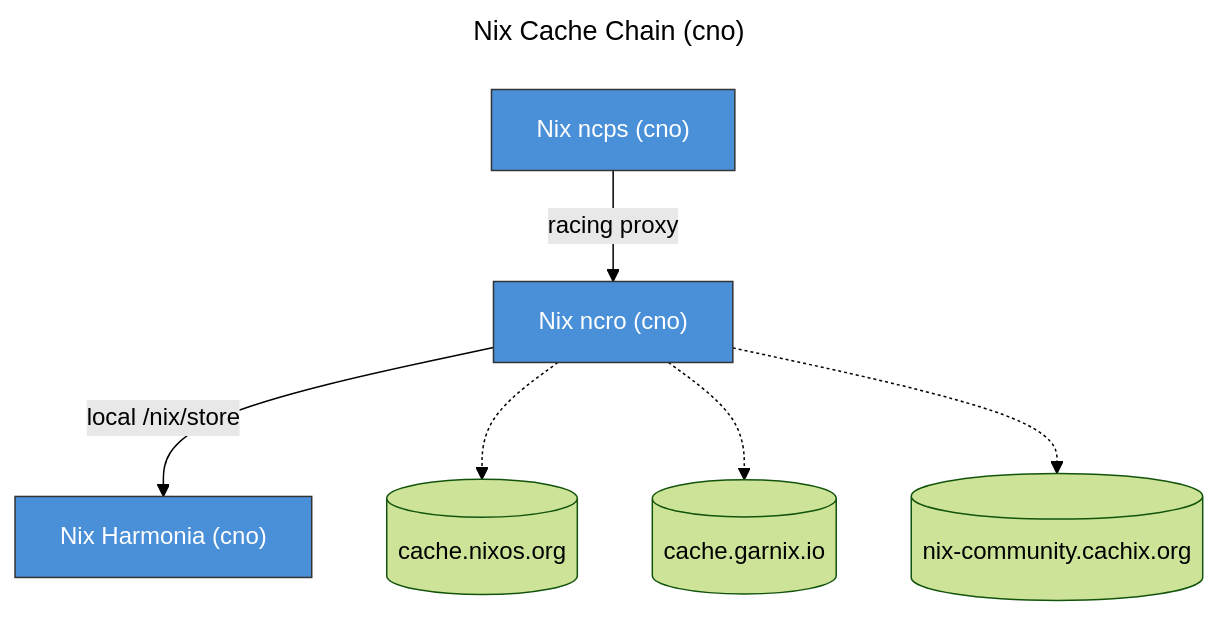
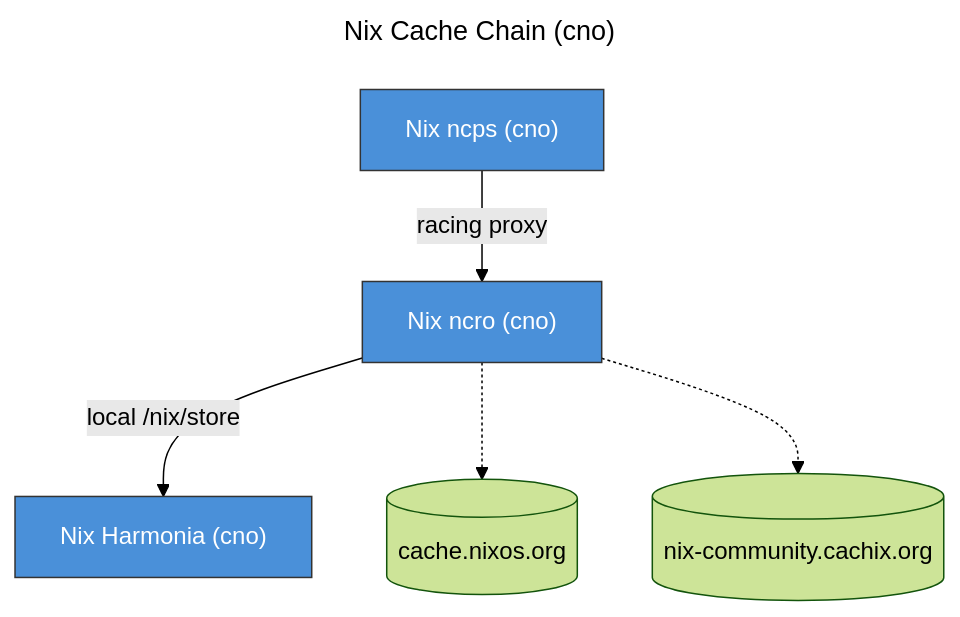
The third of 3 diagrams in SERVICES.md (levonk/infrahub), drawn with Mermaid (forest theme) before and after one commit. The commit also changed other lines of this file and 260 other files, not shown here.

Commit message:
Remove cache.garnix.io, deploy nix cache chain, update ADR with nix-sidecar supplement

````diff
--- a/SERVICES.md
+++ b/SERVICES.md
@@ -86,21 +84,19 @@
 ```mermaid
 ---
 title: Nix Cache Chain (cno)
 ---
 flowchart TD
     Nix_ncps__cno_["Nix ncps (cno)"]
     Nix_ncro__cno_["Nix ncro (cno)"]
     Nix_ncps__cno_ -->|racing proxy| Nix_ncro__cno_
     Nix_Harmonia__cno_["Nix Harmonia (cno)"]
     Nix_ncro__cno_ -->|local /nix/store| Nix_Harmonia__cno_
     https___cache_nixos_org_Nix_Cache_Chain__cno_[("cache.nixos.org")]
     Nix_ncro__cno_ -.-> https___cache_nixos_org_Nix_Cache_Chain__cno_
-    https___cache_garnix_io_Nix_Cache_Chain__cno_[("cache.garnix.io")]
-    Nix_ncro__cno_ -.-> https___cache_garnix_io_Nix_Cache_Chain__cno_
     https___nix_community_cachix_org_Nix_Cache_Chain__cno_[("nix-community.cachix.org")]
     Nix_ncro__cno_ -.-> https___nix_community_cachix_org_Nix_Cache_Chain__cno_
 
     %% Machine color coding
     classDef machine_oci_Nix_Cache_Chain__cno_ fill:#4A90D9,color:#fff,stroke:#333,stroke-width:1px
     class Nix_Harmonia__cno_,Nix_ncps__cno_,Nix_ncro__cno_ machine_oci_Nix_Cache_Chain__cno_
 ```
````
